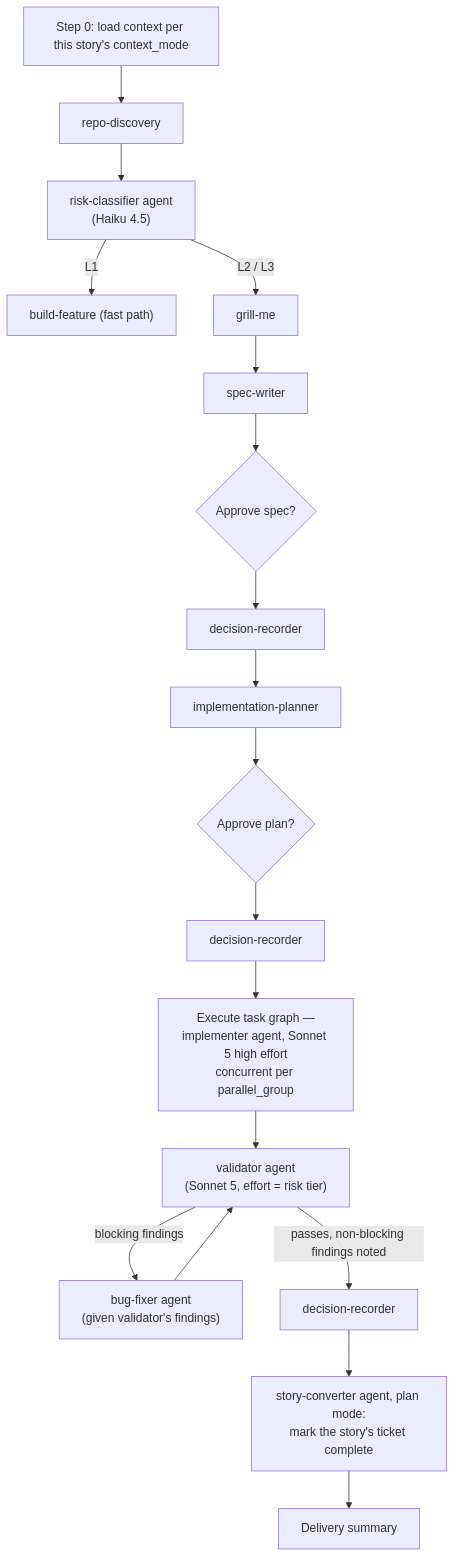
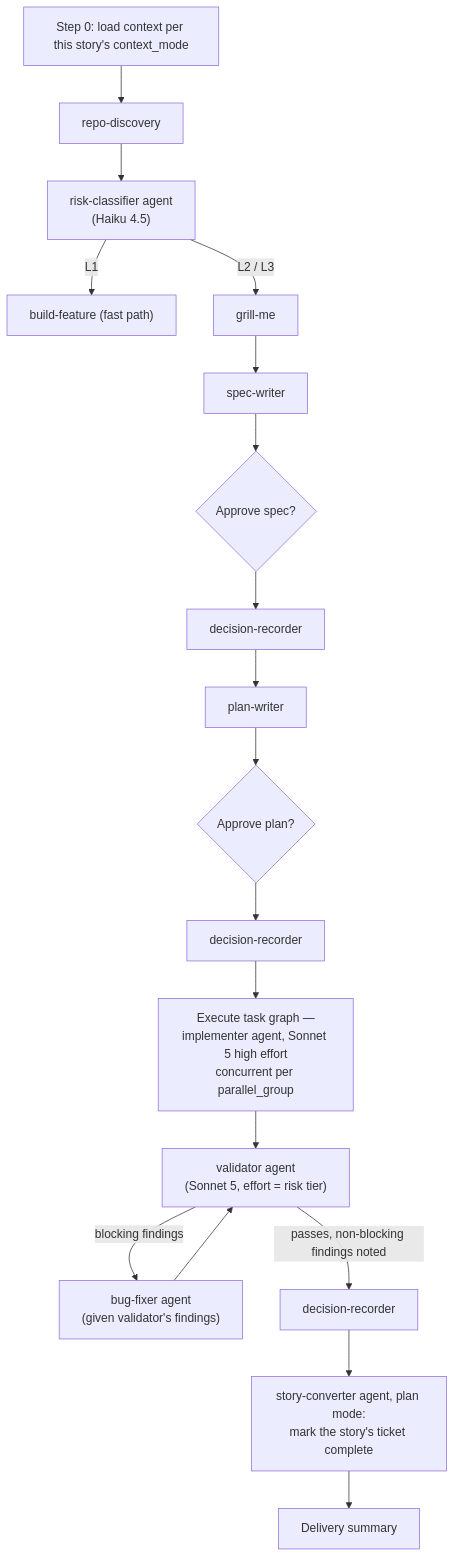
Before and after one commit to DSPerera95/agentic-sdlc-core: the second of 4 diagrams in HOW-IT-WORKS.md, drawn with Mermaid. The commit also changed other lines of this file and 19 other files, not shown here.

First line of the commit message:
refactor!: apply project-scoper/implementation-planner rename content

````diff
--- a/HOW-IT-WORKS.md
+++ b/HOW-IT-WORKS.md
@@ -138,19 +138,19 @@
 ```mermaid
 flowchart TD
     Start["Step 0: load context per this story's context_mode"] --> RD[repo-discovery]
     RD --> RC["risk-classifier agent<br/>(Haiku 4.5)"]
     RC -->|L1| BF["build-feature (fast path)"]
     RC -->|L2 / L3| GM[grill-me]
     GM --> SW[spec-writer]
     SW --> APV1{"Approve spec?"}
     APV1 --> DR1["decision-recorder"]
-    DR1 --> IP[implementation-planner]
-    IP --> APV2{"Approve plan?"}
+    DR1 --> PW[plan-writer]
+    PW --> APV2{"Approve plan?"}
     APV2 --> DR2["decision-recorder"]
     DR2 --> EXEC["Execute task graph —<br/>implementer agent, Sonnet 5 high effort<br/>concurrent per parallel_group"]
     EXEC --> VAL["validator agent<br/>(Sonnet 5, effort = risk tier)"]
     VAL -->|blocking findings| BFX["bug-fixer agent<br/>(given validator's findings)"] --> VAL
     VAL -->|passes, non-blocking findings noted| DR3["decision-recorder"]
     DR3 --> SC["story-converter agent, plan mode:<br/>mark the story's ticket complete"]
     SC --> SUM[Delivery summary]
 ```
````
